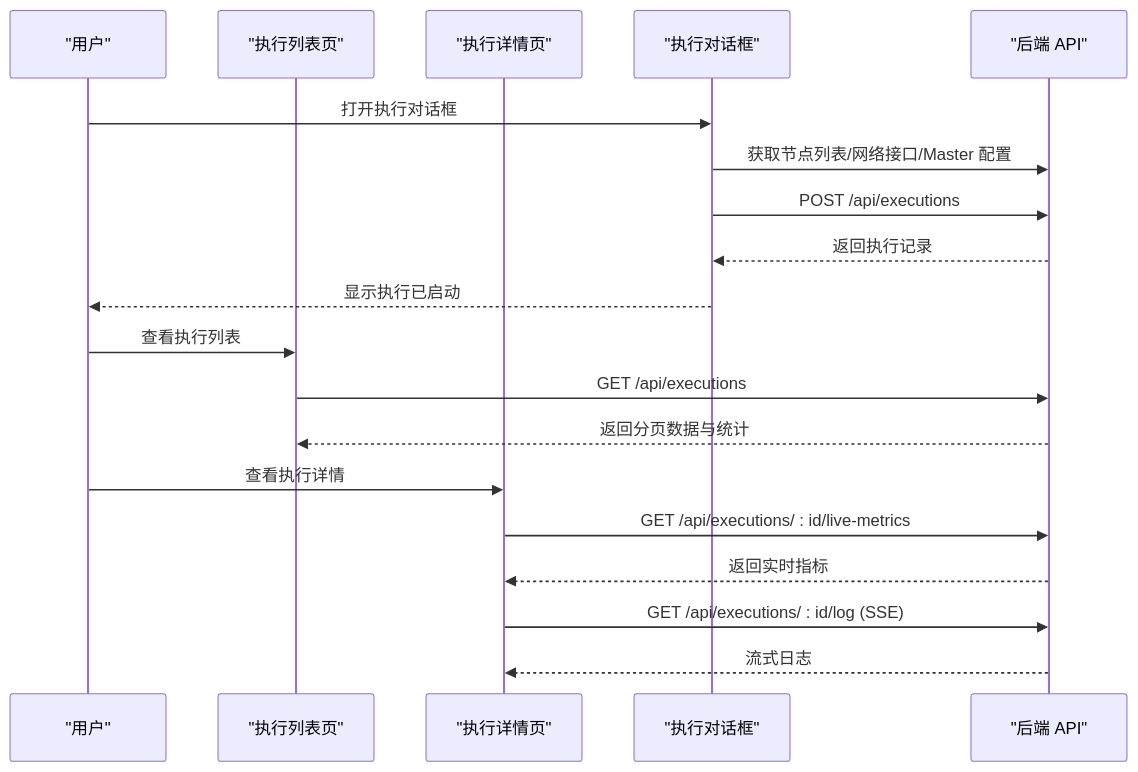
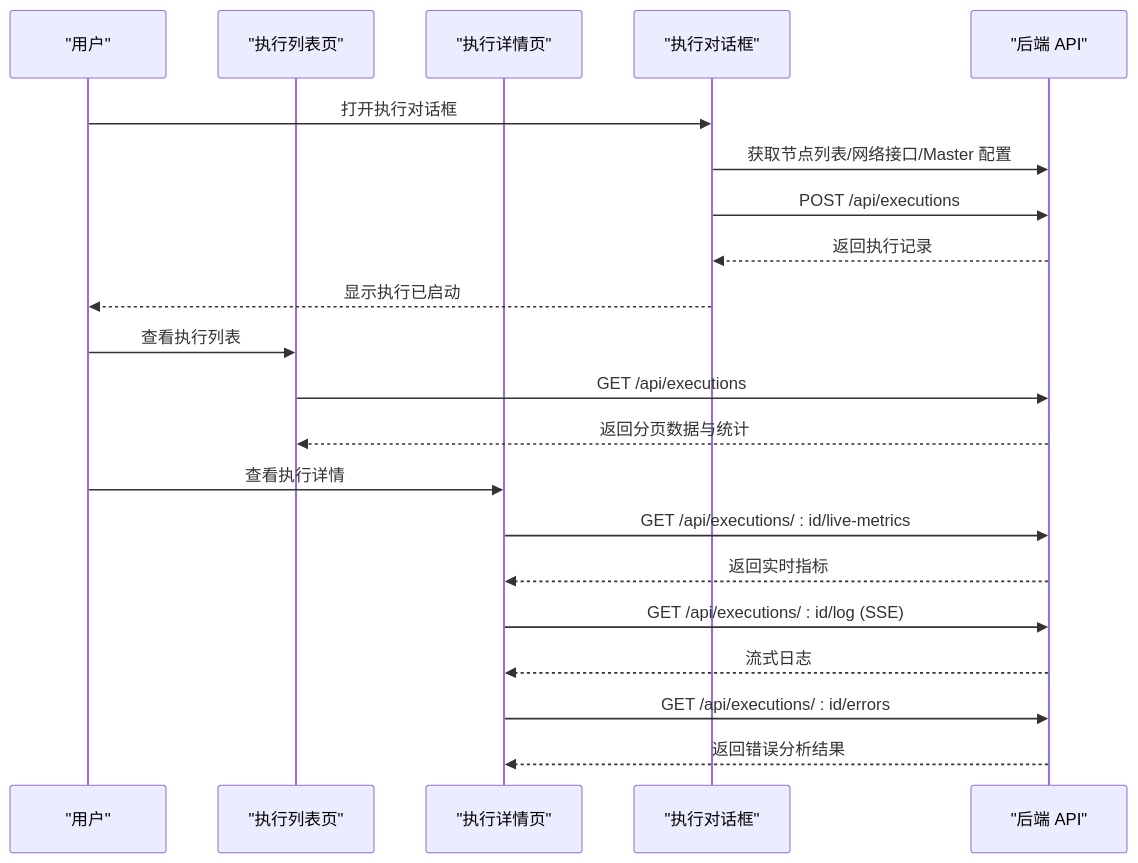
Diagram 12 of 13 in .qoder/repowiki/zh/content/核心业务模块/执行管理系统/执行管理系统.md (Liyuhao02/Jmeter-Admin), drawn with Mermaid before and after one commit. The commit also changed other lines of this file and 7 other files, not shown here.

````diff
--- a/.qoder/repowiki/zh/content/核心业务模块/执行管理系统/执行管理系统.md
+++ b/.qoder/repowiki/zh/content/核心业务模块/执行管理系统/执行管理系统.md
@@ -414,21 +588,23 @@
 ```mermaid
 sequenceDiagram
 participant User as "用户"
 participant List as "执行列表页"
 participant Detail as "执行详情页"
 participant Dialog as "执行对话框"
 participant API as "后端 API"
 User->>Dialog : 打开执行对话框
 Dialog->>API : 获取节点列表/网络接口/Master 配置
 Dialog->>API : POST /api/executions
 API-->>Dialog : 返回执行记录
 Dialog-->>User : 显示执行已启动
 User->>List : 查看执行列表
 List->>API : GET /api/executions
 API-->>List : 返回分页数据与统计
 User->>Detail : 查看执行详情
 Detail->>API : GET /api/executions/ : id/live-metrics
 API-->>Detail : 返回实时指标
 Detail->>API : GET /api/executions/ : id/log (SSE)
 API-->>Detail : 流式日志
+Detail->>API : GET /api/executions/ : id/errors
+API-->>Detail : 返回错误分析结果
 ```
````
